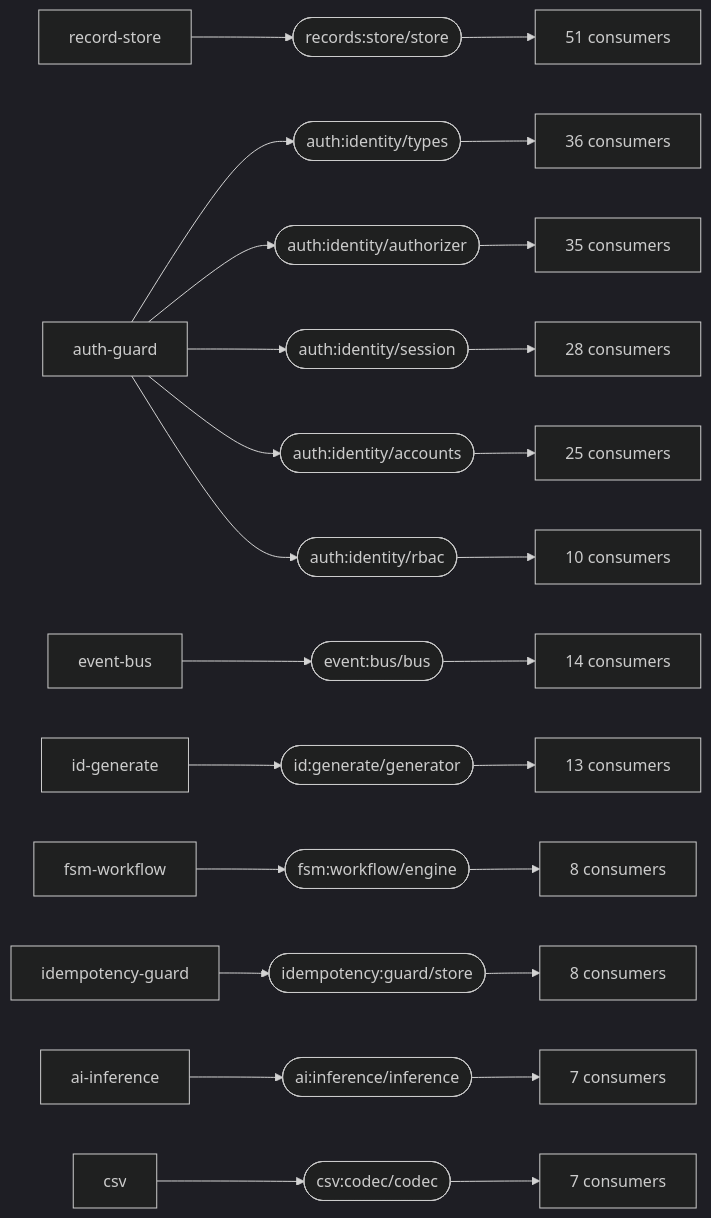
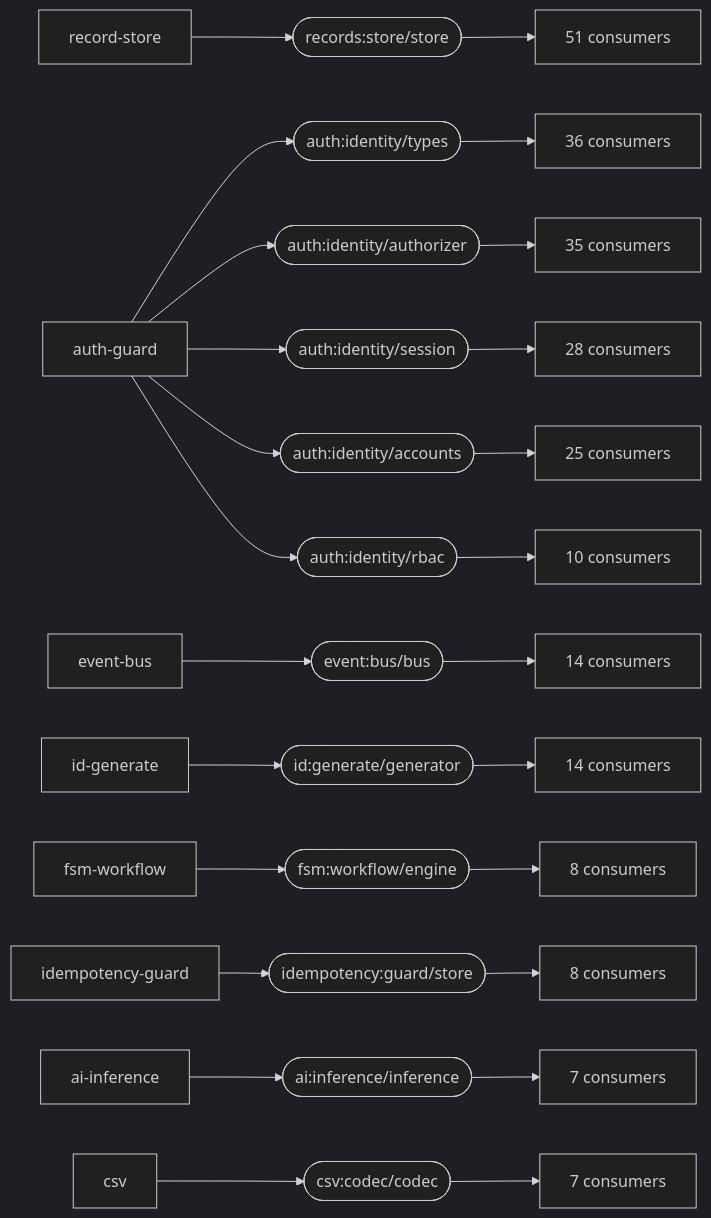
The first of 2 diagrams in docs/CAPABILITY-GRAPH.md (markkovari/holon), drawn with Mermaid (dark theme) before and after one commit. The commit also changed other lines of this file and 14 other files, not shown here.

First line of the commit message:
feat(fitness): the gate is a graph, and a swap is four events

````diff
--- a/docs/CAPABILITY-GRAPH.md
+++ b/docs/CAPABILITY-GRAPH.md
@@ -123,39 +123,39 @@
 ```mermaid
 graph LR
   records_store_store(["records:store/store"])
   record_store[record-store] --> records_store_store
   records_store_store --> many_records_store_store["51 consumers"]
   auth_identity_types(["auth:identity/types"])
   auth_guard[auth-guard] --> auth_identity_types
   auth_identity_types --> many_auth_identity_types["36 consumers"]
   auth_identity_authorizer(["auth:identity/authorizer"])
   auth_guard[auth-guard] --> auth_identity_authorizer
   auth_identity_authorizer --> many_auth_identity_authorizer["35 consumers"]
   auth_identity_session(["auth:identity/session"])
   auth_guard[auth-guard] --> auth_identity_session
   auth_identity_session --> many_auth_identity_session["28 consumers"]
   auth_identity_accounts(["auth:identity/accounts"])
   auth_guard[auth-guard] --> auth_identity_accounts
   auth_identity_accounts --> many_auth_identity_accounts["25 consumers"]
   event_bus_bus(["event:bus/bus"])
   event_bus[event-bus] --> event_bus_bus
   event_bus_bus --> many_event_bus_bus["14 consumers"]
   id_generate_generator(["id:generate/generator"])
   id_generate[id-generate] --> id_generate_generator
-  id_generate_generator --> many_id_generate_generator["13 consumers"]
+  id_generate_generator --> many_id_generate_generator["14 consumers"]
   auth_identity_rbac(["auth:identity/rbac"])
   auth_guard[auth-guard] --> auth_identity_rbac
   auth_identity_rbac --> many_auth_identity_rbac["10 consumers"]
   fsm_workflow_engine(["fsm:workflow/engine"])
   fsm_workflow[fsm-workflow] --> fsm_workflow_engine
   fsm_workflow_engine --> many_fsm_workflow_engine["8 consumers"]
   idempotency_guard_store(["idempotency:guard/store"])
   idempotency_guard[idempotency-guard] --> idempotency_guard_store
   idempotency_guard_store --> many_idempotency_guard_store["8 consumers"]
   ai_inference_inference(["ai:inference/inference"])
   ai_inference[ai-inference] --> ai_inference_inference
   ai_inference_inference --> many_ai_inference_inference["7 consumers"]
   csv_codec_codec(["csv:codec/codec"])
   csv[csv] --> csv_codec_codec
   csv_codec_codec --> many_csv_codec_codec["7 consumers"]
 ```
````
